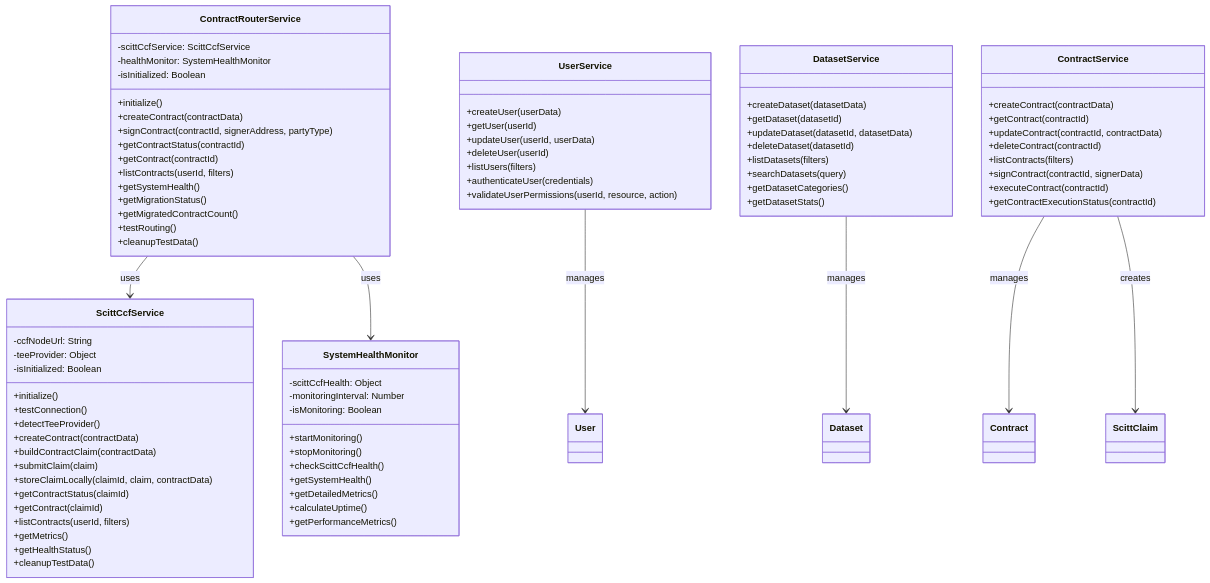
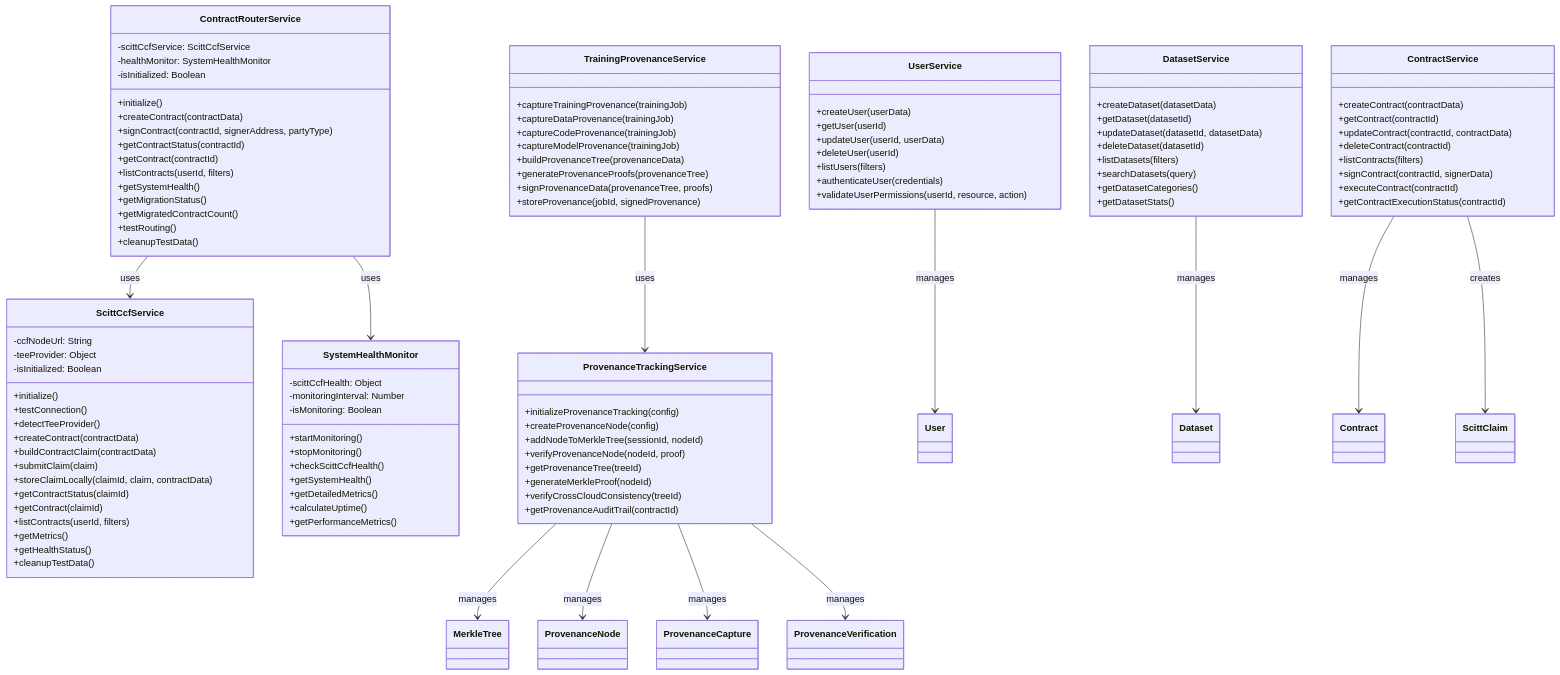
One commit to gitmujoshi/Confidential-AI-Network changed the second of 21 diagrams in docs/architecture/UML_4PLUS1_ARCHITECTURE.md. Above: the diagram before and after it, drawn with Mermaid. The commit also changed other lines of this file and 4 other files, not shown here.

````diff
--- a/docs/architecture/UML_4PLUS1_ARCHITECTURE.md
+++ b/docs/architecture/UML_4PLUS1_ARCHITECTURE.md
@@ -258,10 +332,37 @@
         +getContractExecutionStatus(contractId)
     }
     
+    class ProvenanceTrackingService {
+        +initializeProvenanceTracking(config)
+        +createProvenanceNode(config)
+        +addNodeToMerkleTree(sessionId, nodeId)
+        +verifyProvenanceNode(nodeId, proof)
+        +getProvenanceTree(treeId)
+        +generateMerkleProof(nodeId)
+        +verifyCrossCloudConsistency(treeId)
+        +getProvenanceAuditTrail(contractId)
+    }
+    
+    class TrainingProvenanceService {
+        +captureTrainingProvenance(trainingJob)
+        +captureDataProvenance(trainingJob)
+        +captureCodeProvenance(trainingJob)
+        +captureModelProvenance(trainingJob)
+        +buildProvenanceTree(provenanceData)
+        +generateProvenanceProofs(provenanceTree)
+        +signProvenanceData(provenanceTree, proofs)
+        +storeProvenance(jobId, signedProvenance)
+    }
+    
     ContractRouterService --> ScittCcfService : uses
     ContractRouterService --> SystemHealthMonitor : uses
     UserService --> User : manages
     DatasetService --> Dataset : manages
     ContractService --> Contract : manages
     ContractService --> ScittClaim : creates
+    ProvenanceTrackingService --> MerkleTree : manages
+    ProvenanceTrackingService --> ProvenanceNode : manages
+    ProvenanceTrackingService --> ProvenanceCapture : manages
+    ProvenanceTrackingService --> ProvenanceVerification : manages
+    TrainingProvenanceService --> ProvenanceTrackingService : uses
 ```
````
